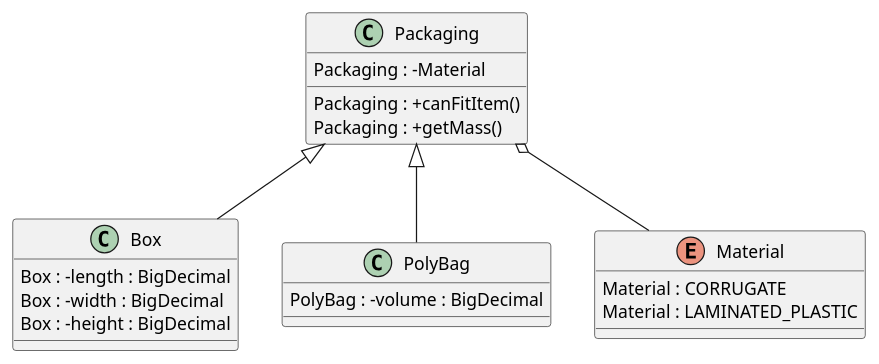
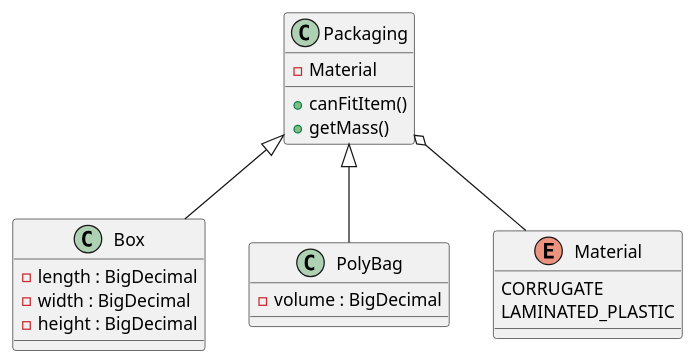
The diagram in src/resources/mastery_task_03_CD.puml (Mattheus85/SustainabilityShipmentService_Lambda), drawn with PlantUML before and after one commit.

Commit message:
Updated uml

```diff
--- a/src/resources/mastery_task_03_CD.puml
+++ b/src/resources/mastery_task_03_CD.puml
@@ -1,29 +1,29 @@
 @startuml
 'https://plantuml.com/class-diagram
 
 class Packaging {
-Packaging : -Material
-Packaging : +canFitItem()
-Packaging : +getMass()
+-Material
++canFitItem()
++getMass()
 }
 
 class Box {
-Box : -length : BigDecimal
-Box : -width : BigDecimal
-Box : -height : BigDecimal
+-length : BigDecimal
+-width : BigDecimal
+-height : BigDecimal
 }
 
 class PolyBag {
-PolyBag : -volume : BigDecimal
+-volume : BigDecimal
 }
 
 enum Material {
-Material : CORRUGATE
-Material : LAMINATED_PLASTIC
+CORRUGATE
+LAMINATED_PLASTIC
 }
 
 Packaging <|-- Box
 Packaging <|-- PolyBag
 Packaging o-- Material
 
 @enduml
```
